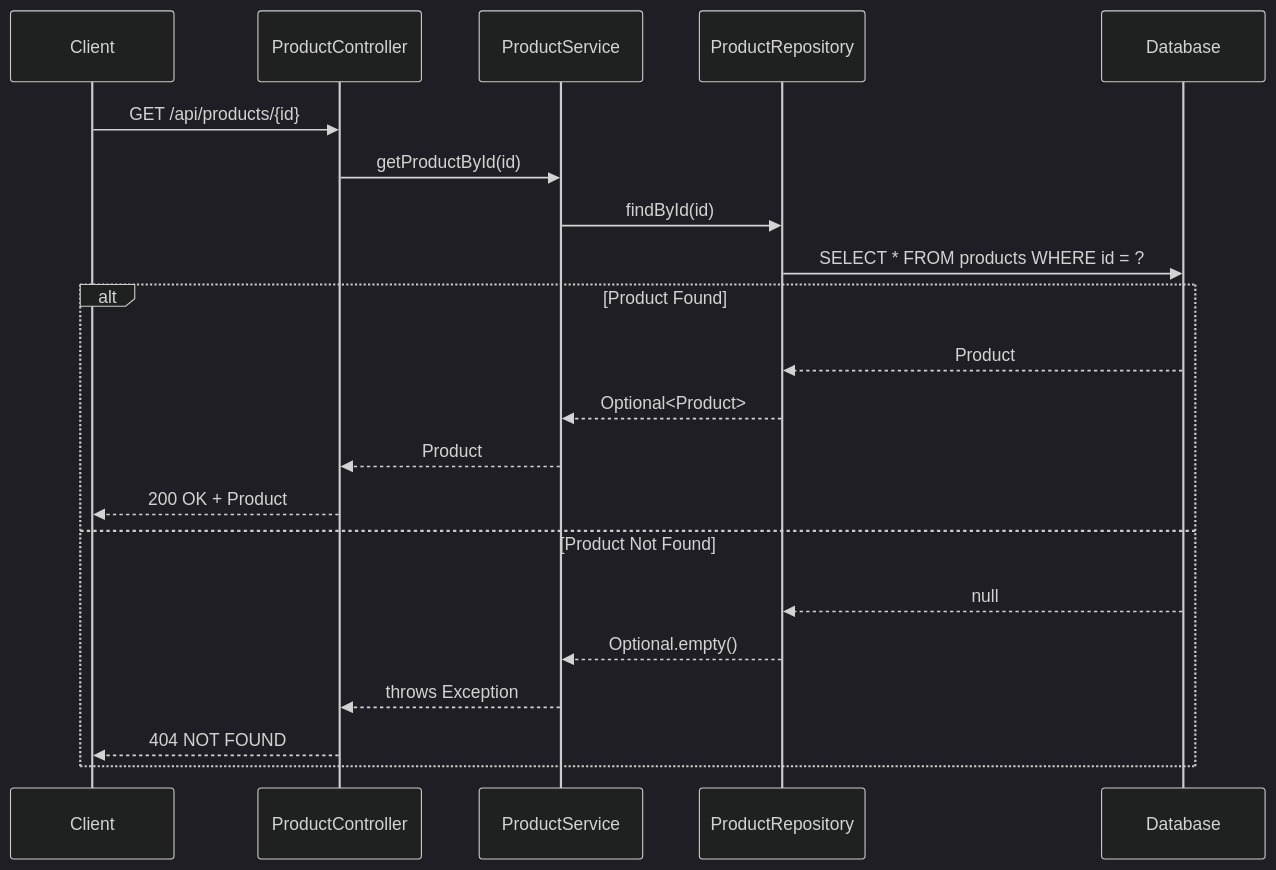
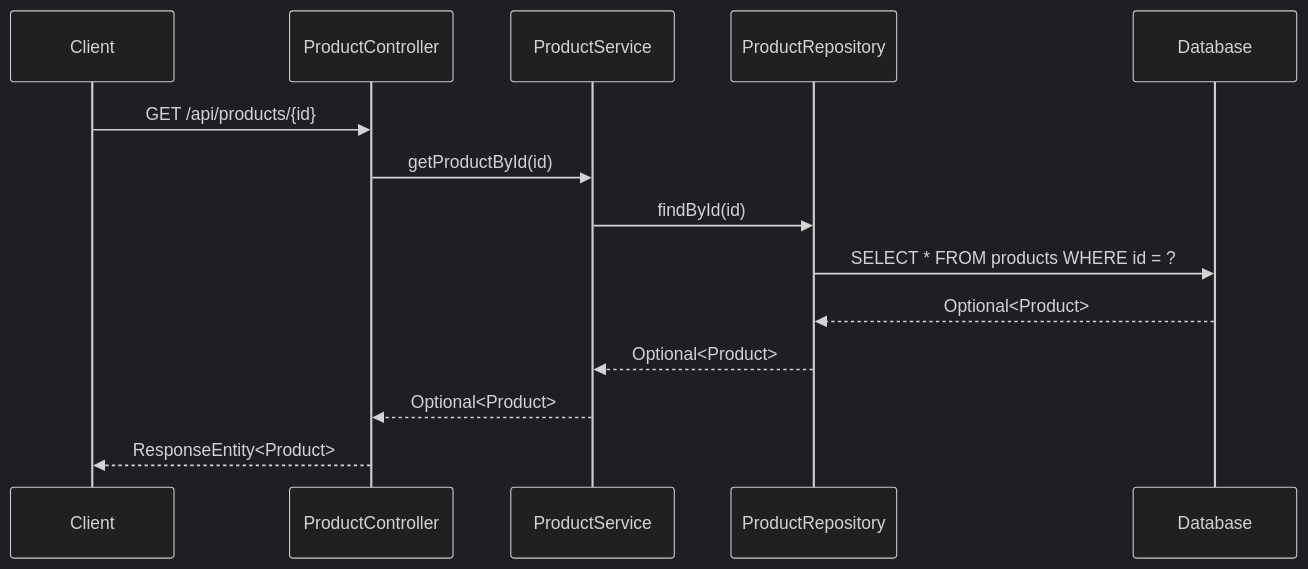
The fifth of 10 diagrams in docs/LLD/lld.md (NavneetBN47/aava-ecom-demo), drawn with Mermaid (dark theme) before and after one commit. The commit also changed other lines of this file, not shown here.

````diff
--- a/docs/LLD/lld.md
+++ b/docs/LLD/lld.md
@@ -131,25 +183,17 @@
 ```mermaid
 sequenceDiagram
     participant Client
     participant ProductController
     participant ProductService
     participant ProductRepository
     participant Database
     
     Client->>ProductController: GET /api/products/{id}
     ProductController->>ProductService: getProductById(id)
     ProductService->>ProductRepository: findById(id)
     ProductRepository->>Database: SELECT * FROM products WHERE id = ?
-    
-    alt Product Found
-        Database-->>ProductRepository: Product
-        ProductRepository-->>ProductService: Optional<Product>
-        ProductService-->>ProductController: Product
-        ProductController-->>Client: 200 OK + Product
-    else Product Not Found
-        Database-->>ProductRepository: null
-        ProductRepository-->>ProductService: Optional.empty()
-        ProductService-->>ProductController: throws Exception
-        ProductController-->>Client: 404 NOT FOUND
-    end
+    Database-->>ProductRepository: Optional<Product>
+    ProductRepository-->>ProductService: Optional<Product>
+    ProductService-->>ProductController: Optional<Product>
+    ProductController-->>Client: ResponseEntity<Product>
 ```
````
